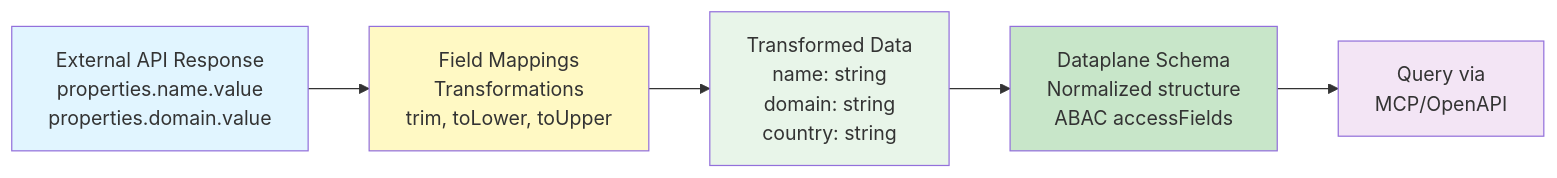
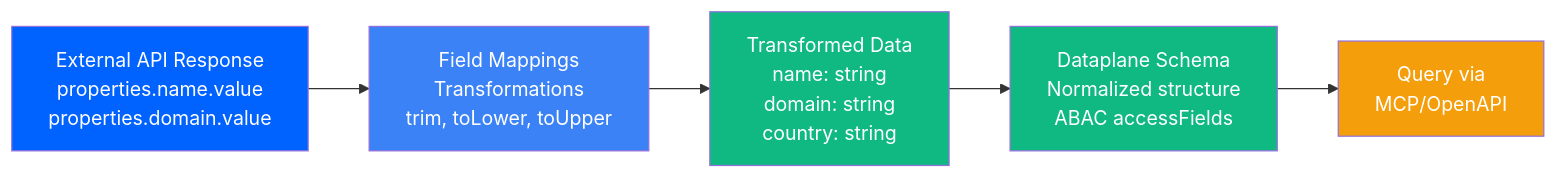
Before and after one commit to esystemsdev/aifabrix-builder: the third of 3 diagrams in docs/EXTERNAL-SYSTEMS.md, drawn with Mermaid. The commit also changed other lines of this file and 9 other files, not shown here.

````diff
--- a/docs/EXTERNAL-SYSTEMS.md
+++ b/docs/EXTERNAL-SYSTEMS.md
@@ -211,13 +211,13 @@
 ```mermaid
 flowchart LR
     ExternalAPI[External API Response<br/>properties.name.value<br/>properties.domain.value] --> FieldMappings[Field Mappings<br/>Transformations<br/>trim, toLower, toUpper]
     FieldMappings --> TransformedData[Transformed Data<br/>name: string<br/>domain: string<br/>country: string]
     TransformedData --> DataplaneSchema[Dataplane Schema<br/>Normalized structure<br/>ABAC accessFields]
     DataplaneSchema --> Query[Query via<br/>MCP/OpenAPI]
     
-    style ExternalAPI fill:#e1f5ff
-    style FieldMappings fill:#fff9c4
-    style TransformedData fill:#e8f5e9
-    style DataplaneSchema fill:#c8e6c9
-    style Query fill:#f3e5f5
+    style ExternalAPI fill:#0062FF,color:#FFFFFF
+    style FieldMappings fill:#3B82F6,color:#FFFFFF
+    style TransformedData fill:#10B981,color:#FFFFFF
+    style DataplaneSchema fill:#10B981,color:#FFFFFF
+    style Query fill:#F59E0B,color:#FFFFFF
 ```
````
